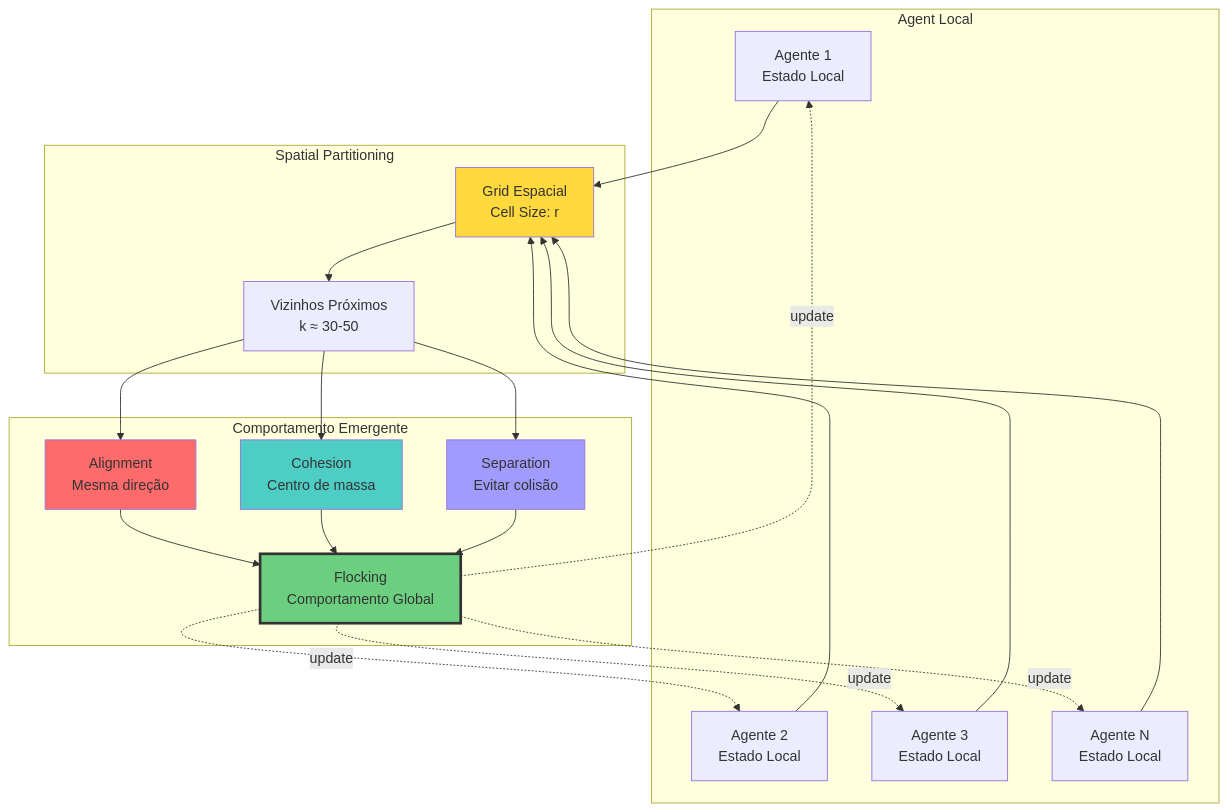
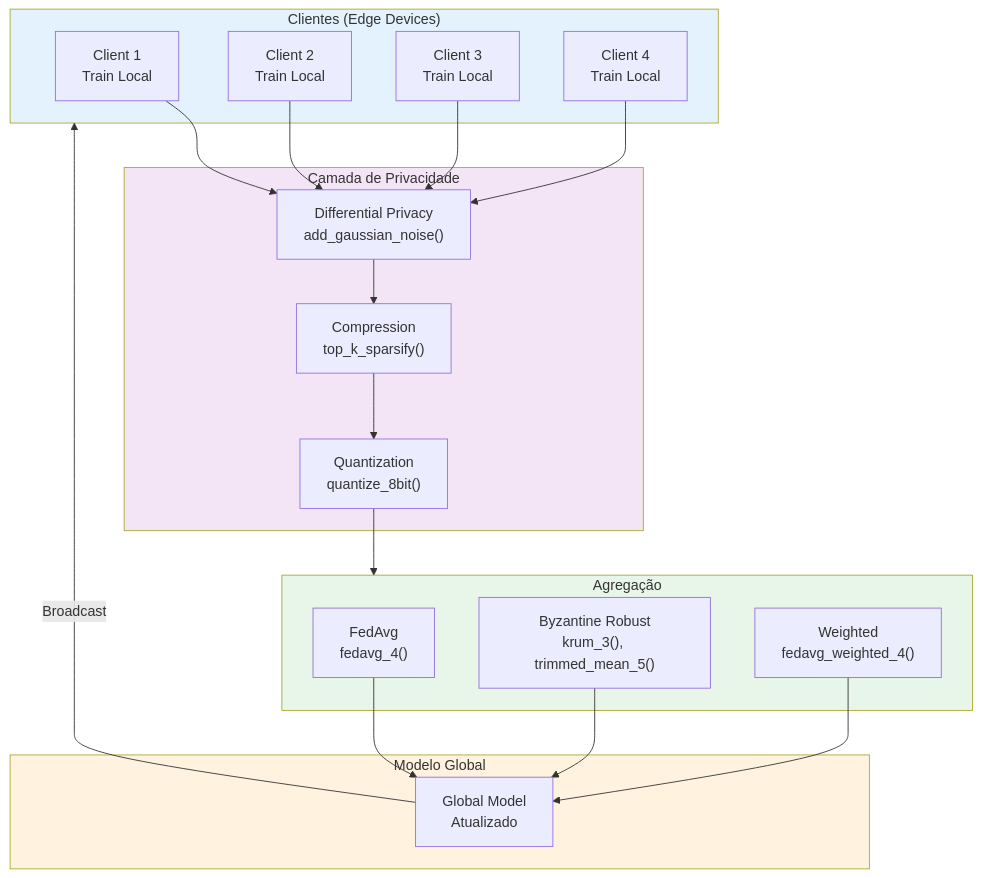
Diagram 13 of 20 in docs/DIAGRAMS.md (silvanoneto/SIL), drawn with Mermaid before and after one commit. The commit also changed other lines of this file and 7 other files, not shown here.

````diff
--- a/docs/DIAGRAMS.md
+++ b/docs/DIAGRAMS.md
@@ -311,47 +682,45 @@
 ```mermaid
-graph TB
-    subgraph "Agent Local"
-        A1[Agente 1<br/>Estado Local]
-        A2[Agente 2<br/>Estado Local]
-        A3[Agente 3<br/>Estado Local]
-        AN[Agente N<br/>Estado Local]
+flowchart TB
+    subgraph CLIENTS["Clientes (Edge Devices)"]
+        C1["Client 1<br/>Train Local"]
+        C2["Client 2<br/>Train Local"]
+        C3["Client 3<br/>Train Local"]
+        C4["Client 4<br/>Train Local"]
     end
 
-    subgraph "Spatial Partitioning"
-        GRID[Grid Espacial<br/>Cell Size: r]
-        NEIGHBORS[Vizinhos Próximos<br/>k ≈ 30-50]
+    subgraph PRIVACY["Camada de Privacidade"]
+        DP["Differential Privacy<br/>add_gaussian_noise()"]
+        COMPRESS["Compression<br/>top_k_sparsify()"]
+        QUANT["Quantization<br/>quantize_8bit()"]
     end
 
-    subgraph "Comportamento Emergente"
-        ALIGN[Alignment<br/>Mesma direção]
-        COHESION[Cohesion<br/>Centro de massa]
-        SEPARATION[Separation<br/>Evitar colisão]
-        FLOCK[Flocking<br/>Comportamento Global]
+    subgraph AGGREGATION["Agregação"]
+        FEDAVG["FedAvg<br/>fedavg_4()"]
+        BYZANTINE["Byzantine Robust<br/>krum_3(), trimmed_mean_5()"]
+        WEIGHTED["Weighted<br/>fedavg_weighted_4()"]
     end
 
-    A1 --> GRID
-    A2 --> GRID
-    A3 --> GRID
-    AN --> GRID
+    subgraph GLOBAL["Modelo Global"]
+        MODEL["Global Model<br/>Atualizado"]
+    end
 
-    GRID --> NEIGHBORS
+    C1 --> DP
+    C2 --> DP
+    C3 --> DP
+    C4 --> DP
 
-    NEIGHBORS --> ALIGN
-    NEIGHBORS --> COHESION
-    NEIGHBORS --> SEPARATION
+    DP --> COMPRESS
+    COMPRESS --> QUANT
+    QUANT --> AGGREGATION
 
-    ALIGN --> FLOCK
-    COHESION --> FLOCK
-    SEPARATION --> FLOCK
+    FEDAVG --> MODEL
+    BYZANTINE --> MODEL
+    WEIGHTED --> MODEL
 
-    FLOCK -.update.-> A1
-    FLOCK -.update.-> A2
-    FLOCK -.update.-> A3
-    FLOCK -.update.-> AN
+    MODEL -->|"Broadcast"| CLIENTS
 
-    style GRID fill:#ffd93d
-    style FLOCK fill:#6bcf7f,stroke:#333,stroke-width:3px
-    style ALIGN fill:#ff6b6b
-    style COHESION fill:#4ecdc4
-    style SEPARATION fill:#a29bfe
+    style CLIENTS fill:#e3f2fd
+    style PRIVACY fill:#f3e5f5
+    style AGGREGATION fill:#e8f5e9
+    style GLOBAL fill:#fff3e0
 ```
````
